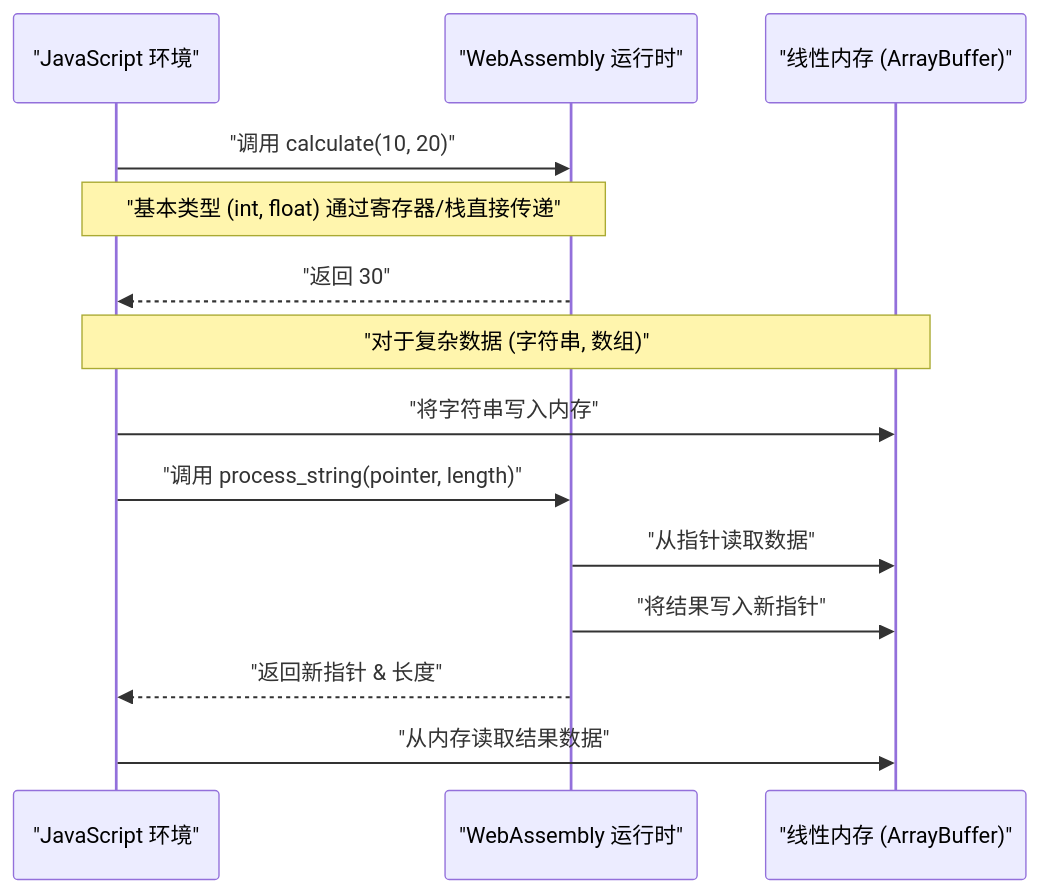
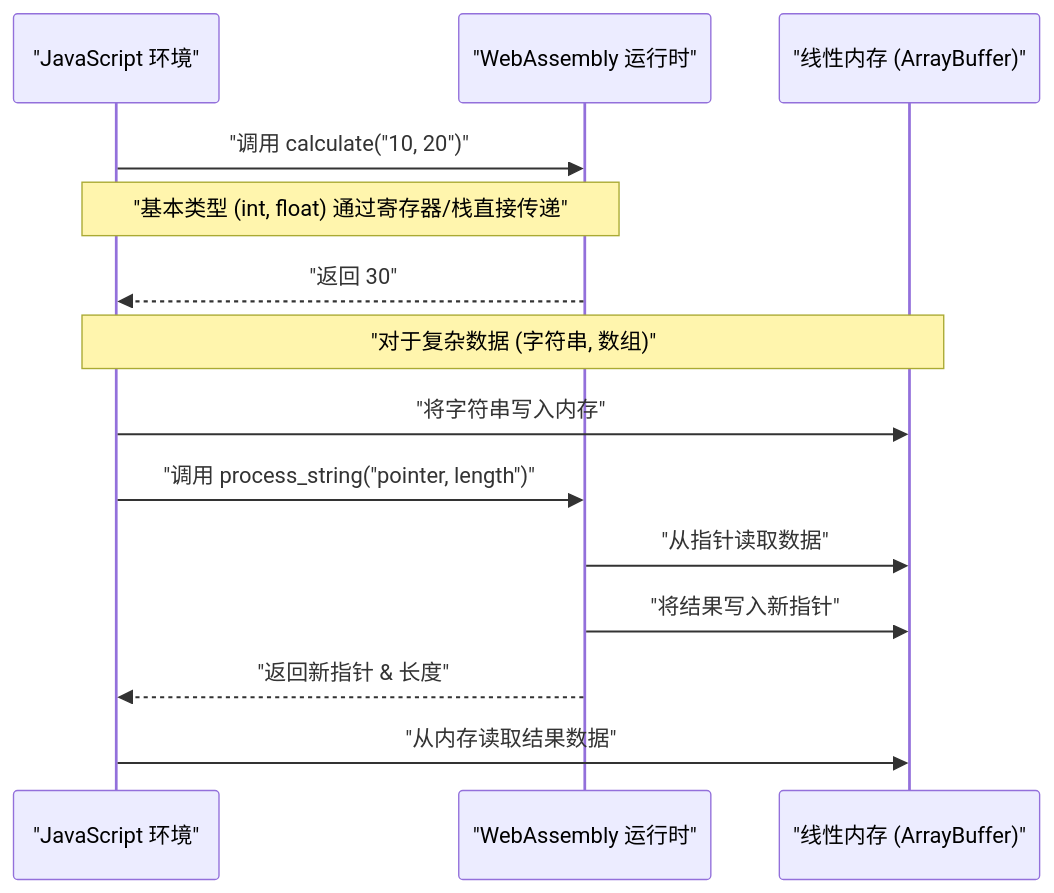
The second of 3 diagrams in content/post/webassembly出力/index.zh-cn.md (kenjinote/blog), drawn with Mermaid before and after one commit. The commit also changed 929 other files, not shown here.

Commit message:
fix: Add double quotes to all Mermaid node texts to resolve syntax errors

````diff
--- a/content/post/webassembly出力/index.zh-cn.md
+++ b/content/post/webassembly出力/index.zh-cn.md
@@ -220,18 +220,18 @@
 ```mermaid
 sequenceDiagram
   participant JS as "JavaScript 环境"
   participant Wasm as "WebAssembly 运行时"
   participant Mem as "线性内存 (ArrayBuffer)"
 
-  JS->>Wasm: "调用 calculate(10, 20)"
+  JS->>Wasm: "调用 calculate("10, 20")"
   note over JS,Wasm: "基本类型 (int, float) 通过寄存器/栈直接传递"
   Wasm-->>JS: "返回 30"
 
   note over JS, Mem: "对于复杂数据 (字符串, 数组)"
   JS->>Mem: "将字符串写入内存"
-  JS->>Wasm: "调用 process_string(pointer, length)"
+  JS->>Wasm: "调用 process_string("pointer, length")"
   Wasm->>Mem: "从指针读取数据"
   Wasm->>Mem: "将结果写入新指针"
   Wasm-->>JS: "返回新指针 & 长度"
   JS->>Mem: "从内存读取结果数据"
 ```
````
